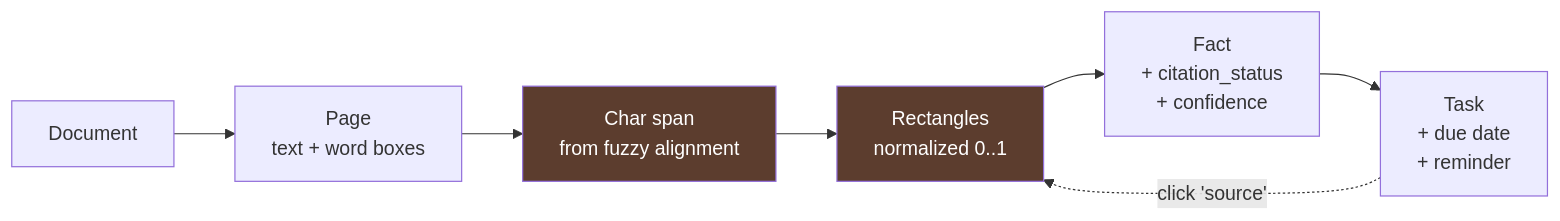
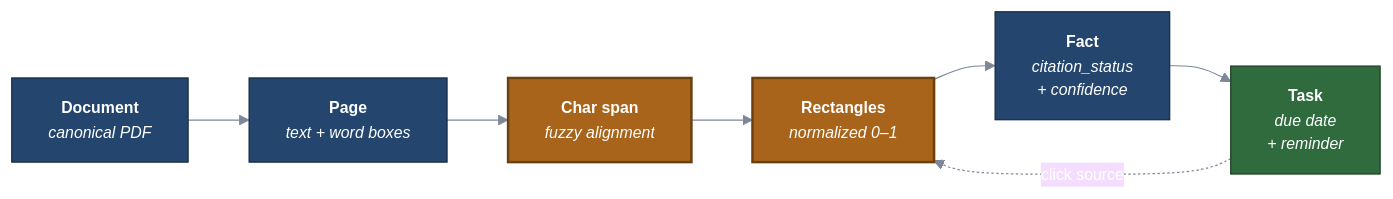
The second of 2 diagrams in docs/90-appendices.md (yiyi218218-crypto/DocFlow-AI), drawn with Mermaid before and after one commit. The commit also changed other lines of this file and 9 other files, not shown here.

First line of the commit message:
docs: styled mermaid diagram set + parser gate

````diff
--- a/docs/90-appendices.md
+++ b/docs/90-appendices.md
@@ -164,11 +181,17 @@
 ```mermaid
+%%{init: {'theme':'base','themeVariables':{'fontFamily':'ui-sans-serif, system-ui, sans-serif','fontSize':'13px','lineColor':'#7C8798','primaryTextColor':'#ffffff'}}}%%
 flowchart LR
-    D["Document"] --> P["Page<br/>text + word boxes"]
-    P --> C["Char span<br/>from fuzzy alignment"]
-    C --> R["Rectangles<br/>normalized 0..1"]
-    R --> F["Fact<br/>+ citation_status<br/>+ confidence"]
-    F --> T["Task<br/>+ due date<br/>+ reminder"]
-    T -.->|"click 'source'"| R
-    style C fill:#5c3d2e,color:#fff
-    style R fill:#5c3d2e,color:#fff
+    D["<b>Document</b><br/><i>canonical PDF</i>"] --> P["<b>Page</b><br/><i>text + word boxes</i>"]
+    P --> C["<b>Char span</b><br/><i>fuzzy alignment</i>"]
+    C --> R["<b>Rectangles</b><br/><i>normalized 0–1</i>"]
+    R --> F["<b>Fact</b><br/><i>citation_status<br/>+ confidence</i>"]
+    F --> T["<b>Task</b><br/><i>due date<br/>+ reminder</i>"]
+    T -. "click source" .-> R
+
+    classDef step fill:#24466E,stroke:#16293F,color:#fff,stroke-width:1px
+    classDef key  fill:#A8641A,stroke:#6B3F10,color:#fff,stroke-width:2px
+    classDef out  fill:#2F6B3D,stroke:#1C4126,color:#fff,stroke-width:1px
+    class D,P,F step
+    class C,R key
+    class T out
 ```
````
